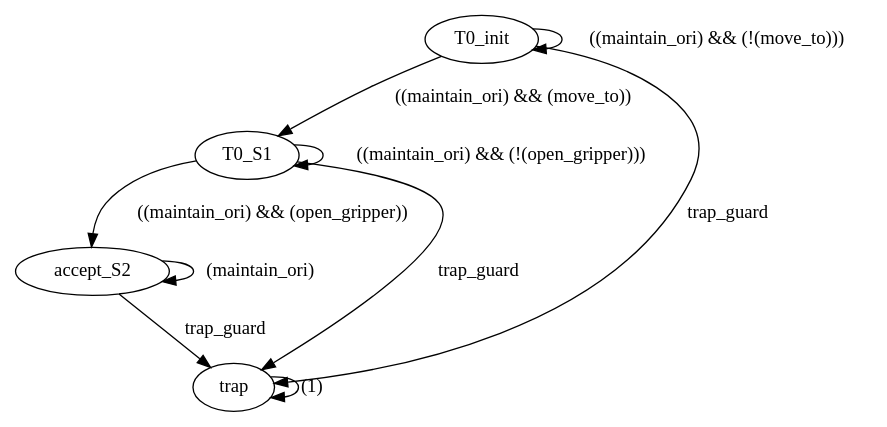
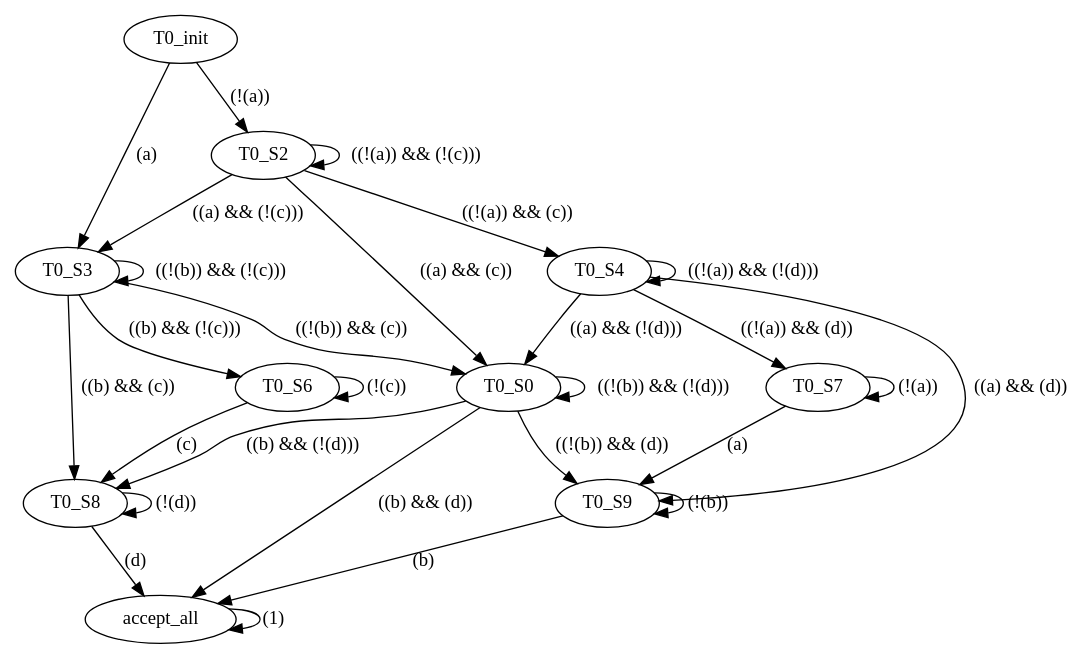
Before and after one commit to xli4217/cbf_learning_feasibility: the diagram in docker/dirs-to-copy/tl_utils/sandbox/figures/g.dot, drawn with Graphviz. The commit also changed 15 other files, not shown here.

```diff
--- a/docker/dirs-to-copy/tl_utils/sandbox/figures/g.dot
+++ b/docker/dirs-to-copy/tl_utils/sandbox/figures/g.dot
@@ -1,15 +1,39 @@
 digraph "" {
-accept_S2;
 T0_init;
-T0_S1;
-trap;
-accept_S2 -> accept_S2  [guard="(maintain_ori)", input="set([2, 3, 6, 7])", key=0, label="(maintain_ori)", weight=0];
-accept_S2 -> trap  [guard=trap_guard, input="set([0, 1, 4, 5])", key=0, label=trap_guard, weight=0];
-T0_init -> T0_init  [guard="((maintain_ori) && (!(move_to)))", input="set([2, 3])", key=0, label="((maintain_ori) && (!(move_to)))", weight=0];
-T0_init -> T0_S1  [guard="((maintain_ori) && (move_to))", input="set([6, 7])", key=0, label="((maintain_ori) && (move_to))", weight=0];
-T0_init -> trap  [guard=trap_guard, input="set([0, 1, 4, 5])", key=0, label=trap_guard, weight=0];
-T0_S1 -> accept_S2  [guard="((maintain_ori) && (open_gripper))", input="set([3, 7])", key=0, label="((maintain_ori) && (open_gripper))", weight=0];
-T0_S1 -> T0_S1  [guard="((maintain_ori) && (!(open_gripper)))", input="set([2, 6])", key=0, label="((maintain_ori) && (!(open_gripper)))", weight=0];
-T0_S1 -> trap  [guard=trap_guard, input="set([0, 1, 4, 5])", key=0, label=trap_guard, weight=0];
-trap -> trap  [guard="(1)", input="set([0, 1, 2, 3, 4, 5, 6, 7])", key=0, label="(1)", weight=0];
+T0_S3;
+T0_S2;
+T0_S0;
+T0_S7;
+T0_S6;
+accept_all;
+T0_S4;
+T0_S9;
+T0_S8;
+T0_init -> T0_S3  [guard="(a)", input="set([1, 3, 5, 7, 9, 11, 13, 15])", key=0, label="(a)", weight=0];
+T0_init -> T0_S2  [guard="(!(a))", input="set([0, 2, 4, 6, 8, 10, 12, 14])", key=0, label="(!(a))", weight=0];
+T0_S3 -> T0_S3  [guard="((!(b)) && (!(c)))", input="set([0, 1, 8, 9])", key=0, label="((!(b)) && (!(c)))", weight=0];
+T0_S3 -> T0_S0  [guard="((!(b)) && (c))", input="set([11, 2, 3, 10])", key=0, label="((!(b)) && (c))", weight=0];
+T0_S3 -> T0_S6  [guard="((b) && (!(c)))", input="set([12, 4, 5, 13])", key=0, label="((b) && (!(c)))", weight=0];
+T0_S3 -> T0_S8  [guard="((b) && (c))", input="set([15, 14, 6, 7])", key=0, label="((b) && (c))", weight=0];
+T0_S2 -> T0_S3  [guard="((a) && (!(c)))", input="set([1, 13, 5, 9])", key=0, label="((a) && (!(c)))", weight=0];
+T0_S2 -> T0_S2  [guard="((!(a)) && (!(c)))", input="set([0, 8, 4, 12])", key=0, label="((!(a)) && (!(c)))", weight=0];
+T0_S2 -> T0_S0  [guard="((a) && (c))", input="set([11, 15, 3, 7])", key=0, label="((a) && (c))", weight=0];
+T0_S2 -> T0_S4  [guard="((!(a)) && (c))", input="set([2, 14, 10, 6])", key=0, label="((!(a)) && (c))", weight=0];
+T0_S0 -> T0_S9  [guard="((!(b)) && (d))", input="set([8, 9, 10, 11])", key=0, label="((!(b)) && (d))", weight=0];
+T0_S0 -> T0_S0  [guard="((!(b)) && (!(d)))", input="set([0, 1, 2, 3])", key=0, label="((!(b)) && (!(d)))", weight=0];
+T0_S0 -> T0_S8  [guard="((b) && (!(d)))", input="set([4, 5, 6, 7])", key=0, label="((b) && (!(d)))", weight=0];
+T0_S0 -> accept_all  [guard="((b) && (d))", input="set([12, 13, 14, 15])", key=0, label="((b) && (d))", weight=0];
+T0_S7 -> T0_S9  [guard="(a)", input="set([1, 3, 5, 7, 9, 11, 13, 15])", key=0, label="(a)", weight=0];
+T0_S7 -> T0_S7  [guard="(!(a))", input="set([0, 2, 4, 6, 8, 10, 12, 14])", key=0, label="(!(a))", weight=0];
+T0_S6 -> T0_S8  [guard="(c)", input="set([2, 3, 6, 7, 10, 11, 14, 15])", key=0, label="(c)", weight=0];
+T0_S6 -> T0_S6  [guard="(!(c))", input="set([0, 1, 4, 5, 8, 9, 12, 13])", key=0, label="(!(c))", weight=0];
+accept_all -> accept_all  [guard="(1)", input="set([0, 1, 2, 3, 4, 5, 6, 7, 8, 9, 10, 11, 12, 13, 14, 15])", key=0, label="(1)", weight=0];
+T0_S4 -> T0_S9  [guard="((a) && (d))", input="set([9, 11, 13, 15])", key=0, label="((a) && (d))", weight=0];
+T0_S4 -> T0_S0  [guard="((a) && (!(d)))", input="set([1, 3, 5, 7])", key=0, label="((a) && (!(d)))", weight=0];
+T0_S4 -> T0_S7  [guard="((!(a)) && (d))", input="set([8, 10, 12, 14])", key=0, label="((!(a)) && (d))", weight=0];
+T0_S4 -> T0_S4  [guard="((!(a)) && (!(d)))", input="set([0, 2, 4, 6])", key=0, label="((!(a)) && (!(d)))", weight=0];
+T0_S9 -> T0_S9  [guard="(!(b))", input="set([0, 1, 2, 3, 8, 9, 10, 11])", key=0, label="(!(b))", weight=0];
+T0_S9 -> accept_all  [guard="(b)", input="set([4, 5, 6, 7, 12, 13, 14, 15])", key=0, label="(b)", weight=0];
+T0_S8 -> T0_S8  [guard="(!(d))", input="set([0, 1, 2, 3, 4, 5, 6, 7])", key=0, label="(!(d))", weight=0];
+T0_S8 -> accept_all  [guard="(d)", input="set([8, 9, 10, 11, 12, 13, 14, 15])", key=0, label="(d)", weight=0];
 }
```
